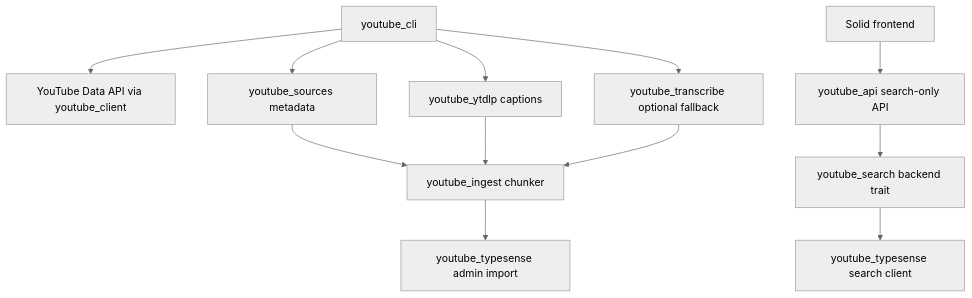
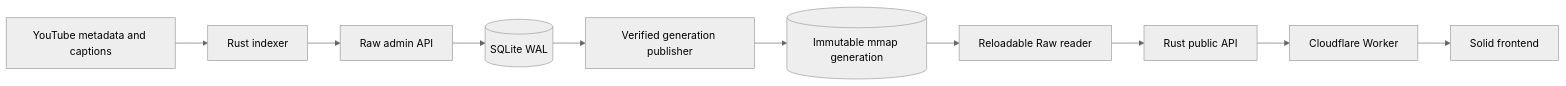
Before and after one commit to Priyansh4444/ytsearch: the diagram in docs/architecture.md, drawn with Mermaid (neutral theme). The commit also changed other lines of this file and 9 other files, not shown here.

````diff
--- a/docs/architecture.md
+++ b/docs/architecture.md
@@ -23,14 +8,12 @@
 ```mermaid
-flowchart TD
-    CLI[youtube_cli] --> YT[YouTube Data API via youtube_client]
-    CLI --> META[youtube_sources metadata]
-    CLI --> CAP[youtube_ytdlp captions]
-    CLI --> VOX[youtube_transcribe optional fallback]
-    META --> ING[youtube_ingest chunker]
-    CAP --> ING
-    VOX --> ING
-    ING --> SEARCHADMIN[youtube_typesense admin import]
-    API[youtube_api search-only API] --> SEARCH[youtube_search backend trait]
-    SEARCH --> TYPESENSE[youtube_typesense search client]
-    WEB[Solid frontend] --> API
+flowchart LR
+  YT[YouTube metadata and captions] --> CLI[Rust indexer]
+  CLI --> ADMIN[Raw admin API]
+  ADMIN --> WAL[(SQLite WAL)]
+  WAL --> PUB[Verified generation publisher]
+  PUB --> GEN[(Immutable mmap generation)]
+  GEN --> ENGINE[Reloadable Raw reader]
+  ENGINE --> API[Rust public API]
+  API --> EDGE[Cloudflare Worker]
+  EDGE --> WEB[Solid frontend]
 ```
````
